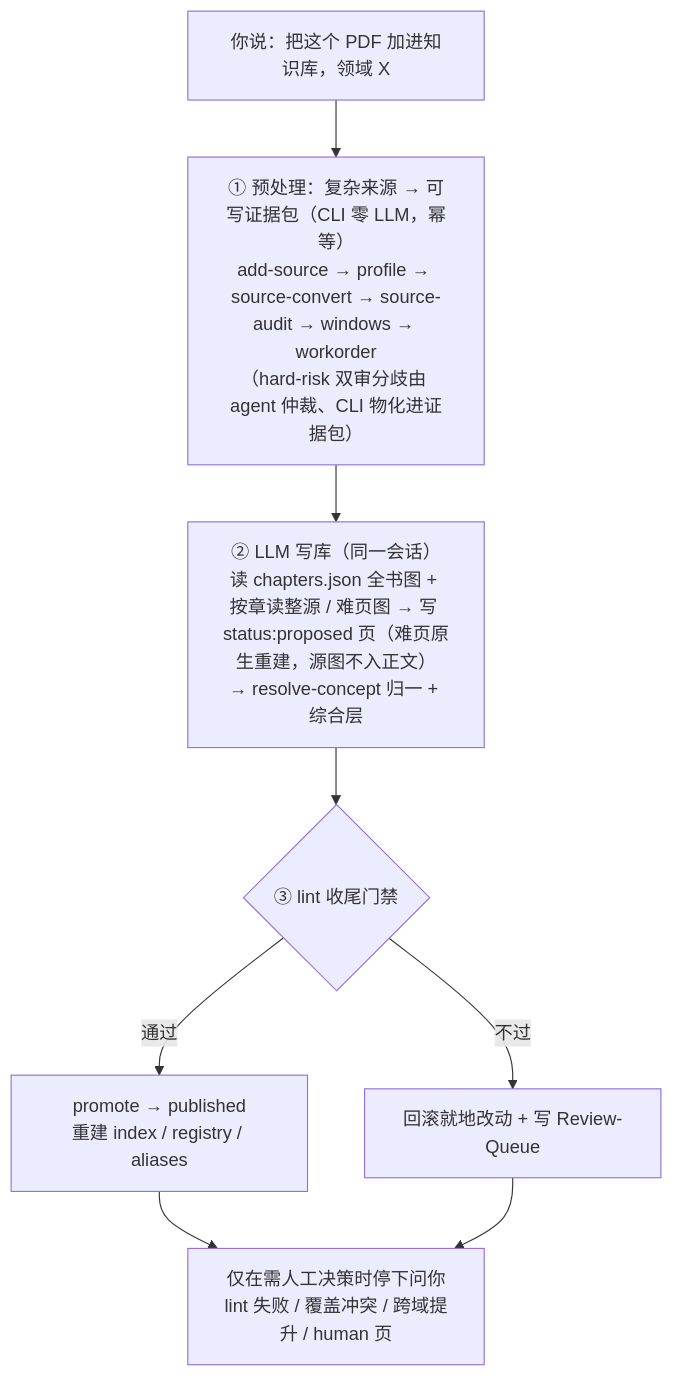
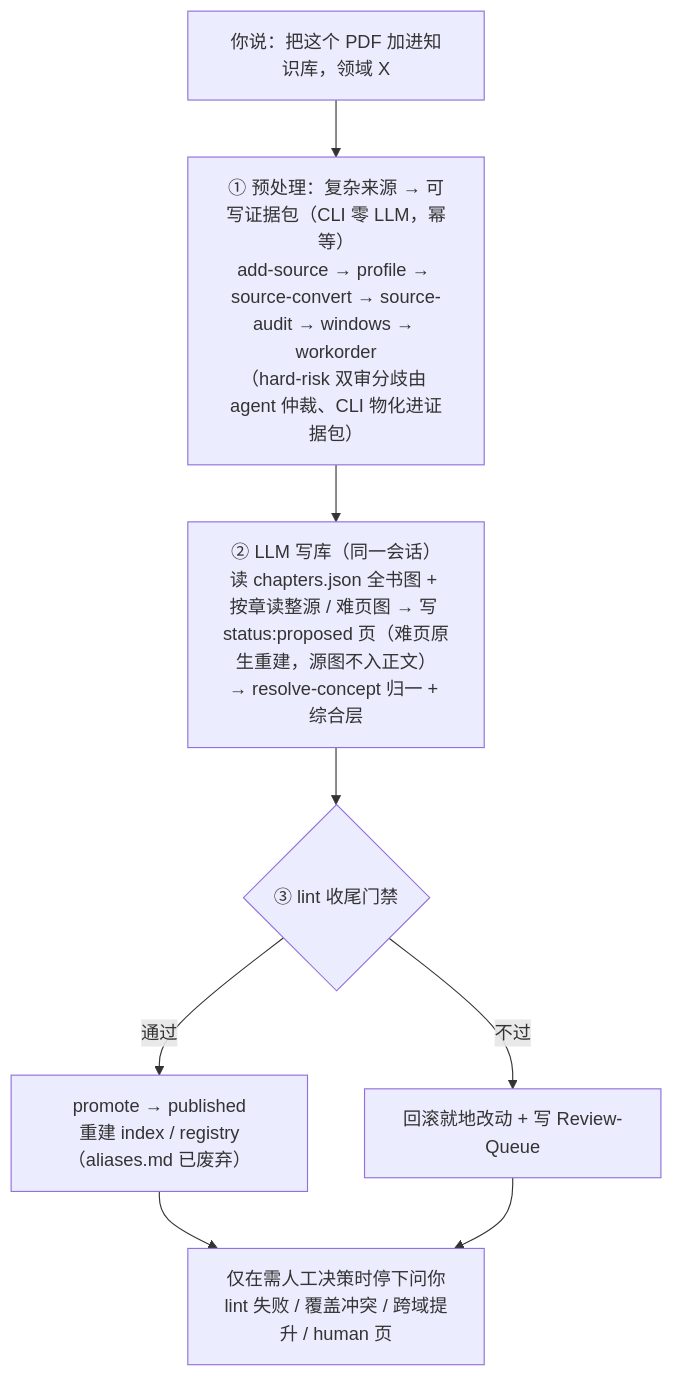
Before and after one commit to Iabstergo1/pdf-to-study-kb: the diagram in README.md, drawn with Mermaid. The commit also changed other lines of this file and 5 other files, not shown here.

````diff
--- a/README.md
+++ b/README.md
@@ -147,10 +147,10 @@
 ```mermaid
 flowchart TD
     U["你说：把这个 PDF 加进知识库，领域 X"] --> P["① 预处理：复杂来源 → 可写证据包（CLI 零 LLM，幂等）<br/>add-source → profile → source-convert → source-audit → windows → workorder<br/>（hard-risk 双审分歧由 agent 仲裁、CLI 物化进证据包）"]
     P --> W["② LLM 写库（同一会话）<br/>读 chapters.json 全书图 + 按章读整源 / 难页图 → 写 status:proposed 页（难页原生重建，源图不入正文）<br/>→ resolve-concept 归一 + 综合层"]
     W --> G{"③ lint 收尾门禁"}
-    G -->|通过| Pub["promote → published<br/>重建 index / registry / aliases"]
+    G -->|通过| Pub["promote → published<br/>重建 index / registry（aliases.md 已废弃）"]
     G -->|不过| RQ["回滚就地改动 + 写 Review-Queue"]
     Pub --> Stop["仅在需人工决策时停下问你<br/>lint 失败 / 覆盖冲突 / 跨域提升 / human 页"]
     RQ --> Stop
 ```
````
